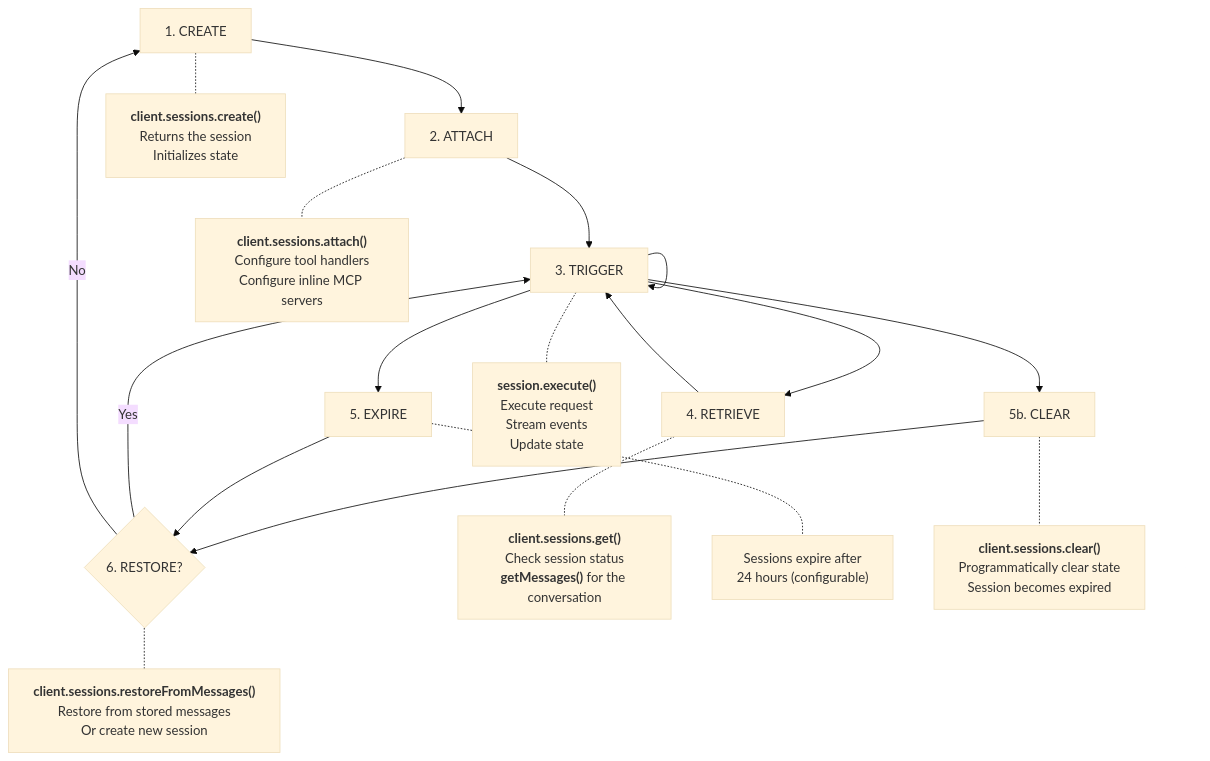
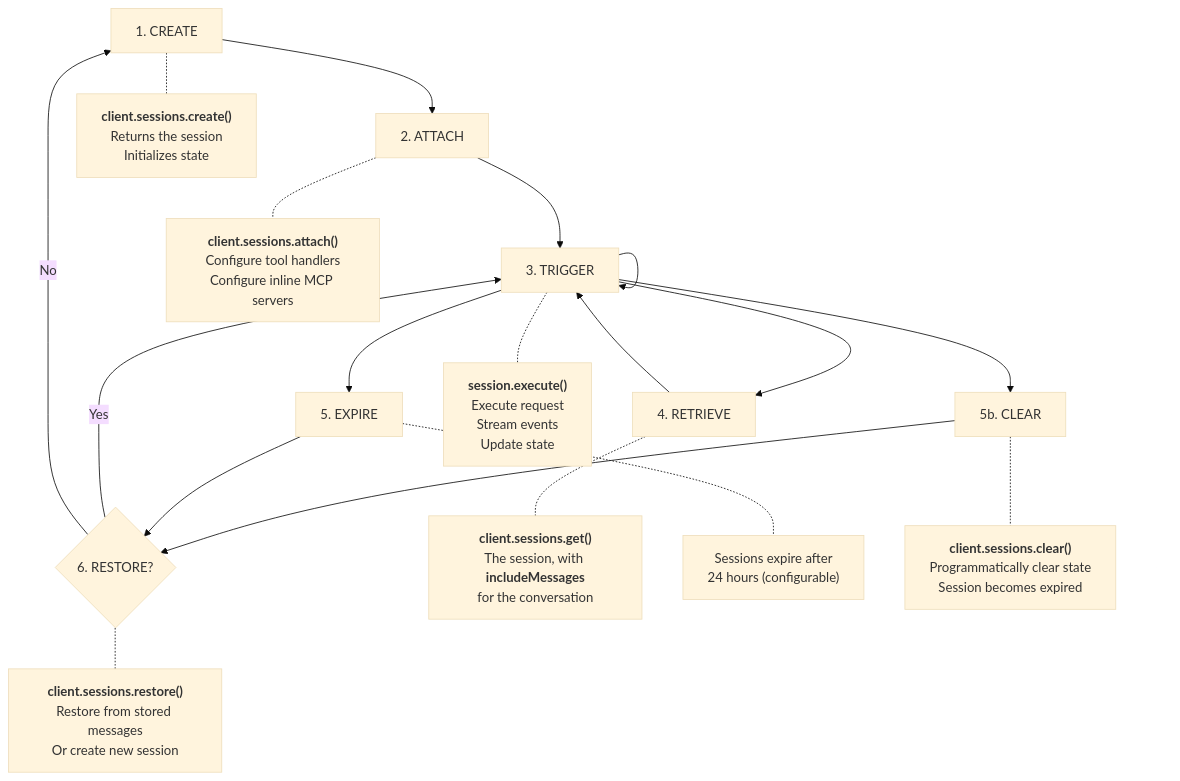
One commit to octavus-ai/agent-sdk changed the diagram in packages/docs/content/02-server-sdk/02-sessions.md. Above: the diagram before and after it, drawn with Mermaid (base theme). The commit also changed other lines of this file and 15 other files, not shown here.

First line of the commit message:
Add the session's expiry, an embedded messages read, and a restore that says what it did (#199)

````diff
--- a/packages/docs/content/02-server-sdk/02-sessions.md
+++ b/packages/docs/content/02-server-sdk/02-sessions.md
@@ -398,42 +409,42 @@
 ```mermaid
 flowchart TD
     A[1. CREATE] --> B[2. ATTACH]
     B --> C[3. TRIGGER]
     C --> C
     C --> D[4. RETRIEVE]
     D --> C
     C --> E[5. EXPIRE]
     C --> G[5b. CLEAR]
     G --> F
     E --> F{6. RESTORE?}
     F -->|Yes| C
     F -->|No| A
 
     A -.- A1["`**client.sessions.create()**
     Returns the session
     Initializes state`"]
 
     B -.- B1["`**client.sessions.attach()**
     Configure tool handlers
     Configure inline MCP servers`"]
 
     C -.- C1["`**session.execute()**
     Execute request
     Stream events
     Update state`"]
 
     D -.- D1["`**client.sessions.get()**
-    Check session status
-    **getMessages()** for the conversation`"]
+    The session, with **includeMessages**
+    for the conversation`"]
 
     E -.- E1["`Sessions expire after
     24 hours (configurable)`"]
 
     G -.- G1["`**client.sessions.clear()**
     Programmatically clear state
     Session becomes expired`"]
 
-    F -.- F1["`**client.sessions.restoreFromMessages()**
+    F -.- F1["`**client.sessions.restore()**
     Restore from stored messages
     Or create new session`"]
 ```
````
